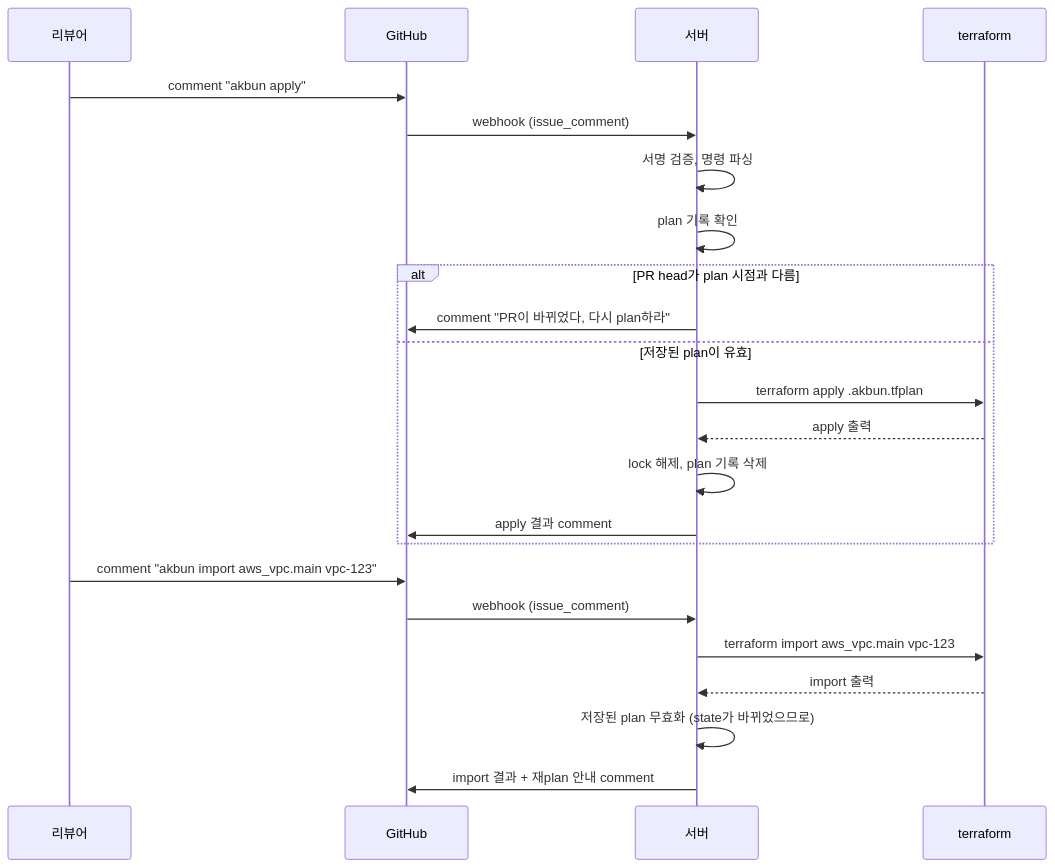
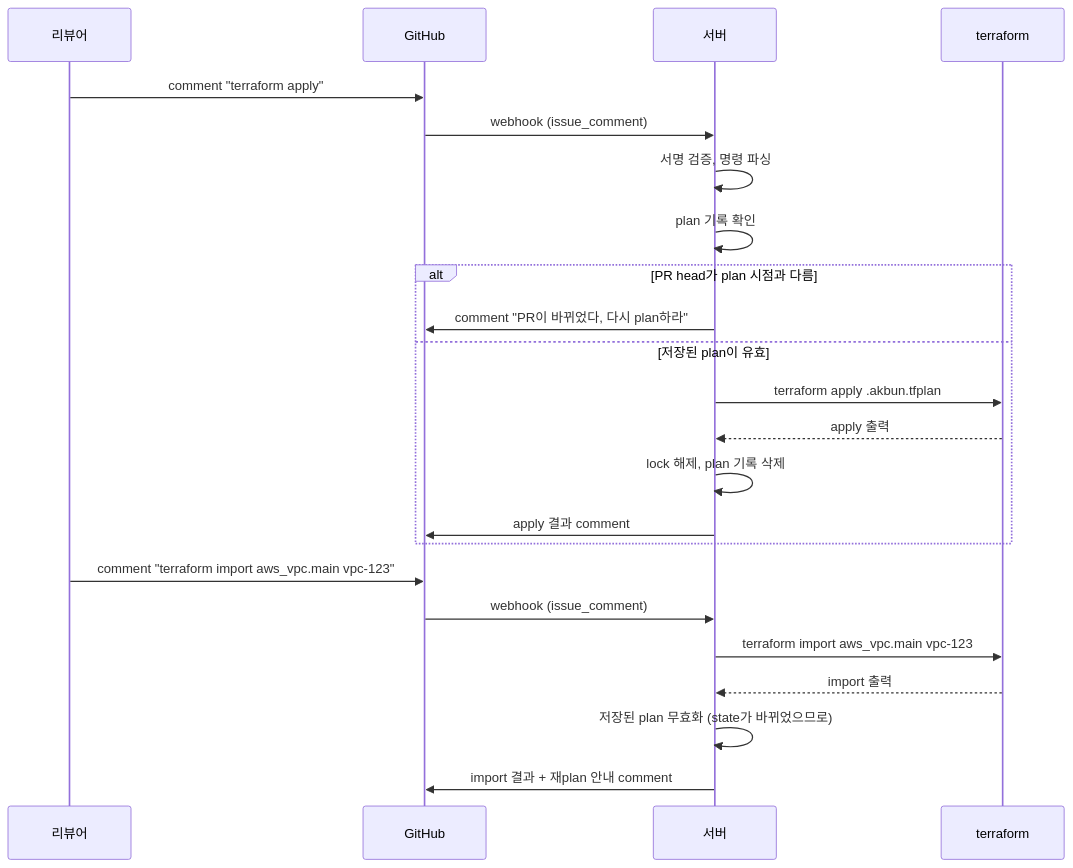
Before and after one commit to choisungwook/portfolio: the third of 5 diagrams in product/akbun-terraform-apply-remote/docs/architecture.md, drawn with Mermaid. The commit also changed other lines of this file and 9 other files, not shown here.

Commit message:
feat(terraform-apply-remote): use terraform as the comment trigger and add a release workflow (#596)

````diff
--- a/product/akbun-terraform-apply-remote/docs/architecture.md
+++ b/product/akbun-terraform-apply-remote/docs/architecture.md
@@ -85,27 +85,27 @@
 ```mermaid
 sequenceDiagram
   participant R as 리뷰어
   participant GH as GitHub
   participant S as 서버
   participant T as terraform
 
-  R->>GH: comment "akbun apply"
+  R->>GH: comment "terraform apply"
   GH->>S: webhook (issue_comment)
   S->>S: 서명 검증, 명령 파싱
   S->>S: plan 기록 확인
   alt PR head가 plan 시점과 다름
     S->>GH: comment "PR이 바뀌었다, 다시 plan하라"
   else 저장된 plan이 유효
     S->>T: terraform apply .akbun.tfplan
     T-->>S: apply 출력
     S->>S: lock 해제, plan 기록 삭제
     S->>GH: apply 결과 comment
   end
 
-  R->>GH: comment "akbun import aws_vpc.main vpc-123"
+  R->>GH: comment "terraform import aws_vpc.main vpc-123"
   GH->>S: webhook (issue_comment)
   S->>T: terraform import aws_vpc.main vpc-123
   T-->>S: import 출력
   S->>S: 저장된 plan 무효화 (state가 바뀌었으므로)
   S->>GH: import 결과 + 재plan 안내 comment
 ```
````
